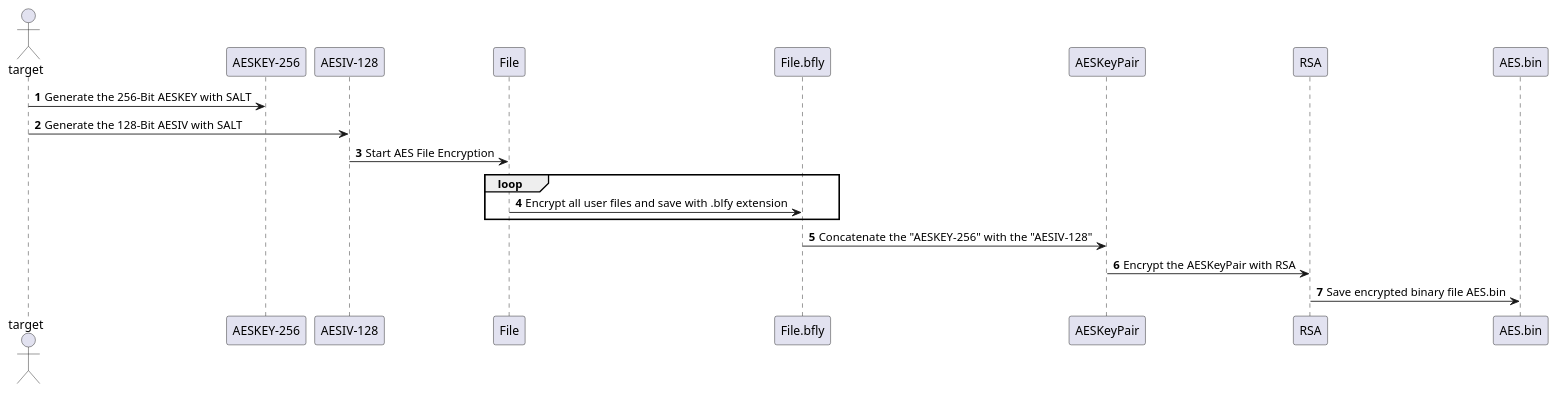
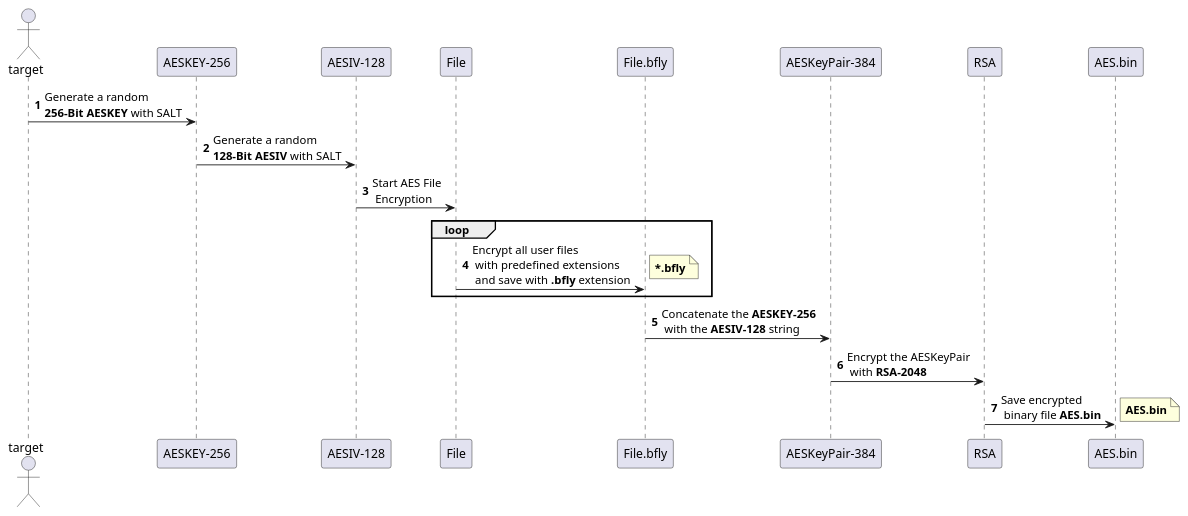
Before and after one commit to bierschi/butterfly: the diagram in architecture/sequence_diagrams/aes.puml, drawn with PlantUML. The commit also changed 7 other files, not shown here.

Commit message:
Updated the architecture

```diff
--- a/architecture/sequence_diagrams/aes.puml
+++ b/architecture/sequence_diagrams/aes.puml
@@ -1,28 +1,30 @@
 @startuml
 'https://plantuml.com/sequence-diagram
 
 actor target
 participant "AESKEY-256"
 participant "AESIV-128"
 participant File
 participant File.bfly
-participant AESKeyPair
+participant "AESKeyPair-384" as AESKeyPair
 participant RSA
 participant AES.bin
 
 autonumber
 
 
-target -> "AESKEY-256": Generate the 256-Bit AESKEY with SALT
-target -> "AESIV-128": Generate the 128-Bit AESIV with SALT
+target -> "AESKEY-256": Generate a random\n**256-Bit AESKEY** with SALT
+"AESKEY-256" -> "AESIV-128": Generate a random\n**128-Bit AESIV** with SALT
 
-"AESIV-128" -> File: Start AES File Encryption
+"AESIV-128" -> File: Start AES File\n Encryption
 loop
-File -> File.bfly: Encrypt all user files and save with .blfy extension
+File -> File.bfly: Encrypt all user files\n with predefined extensions\n and save with **.bfly** extension
+note right: **~*.bfly**
 end
 
-File.bfly -> AESKeyPair: Concatenate the "AESKEY-256" with the "AESIV-128"
+File.bfly -> AESKeyPair: Concatenate the **AESKEY-256**\n with the **AESIV-128** string
 
-AESKeyPair -> RSA: Encrypt the AESKeyPair with RSA
-RSA -> AES.bin: Save encrypted binary file AES.bin
+AESKeyPair -> RSA: Encrypt the AESKeyPair\n with **RSA-2048**
+RSA -> AES.bin: Save encrypted\n binary file **AES.bin**
+note right: **AES.bin**
 @enduml
```
